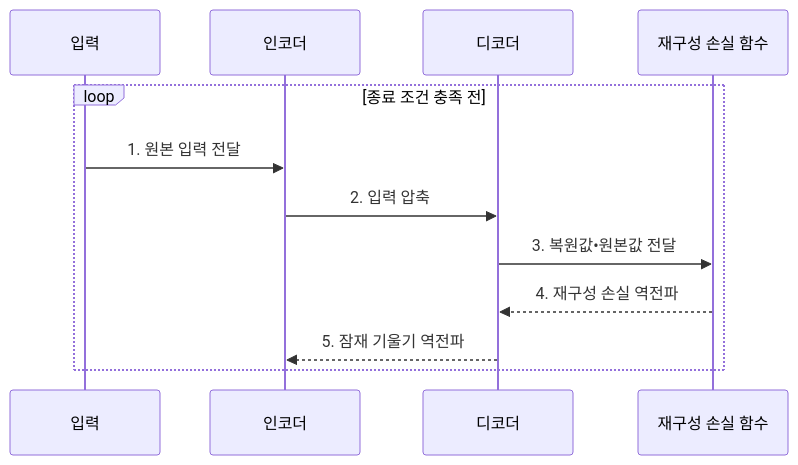
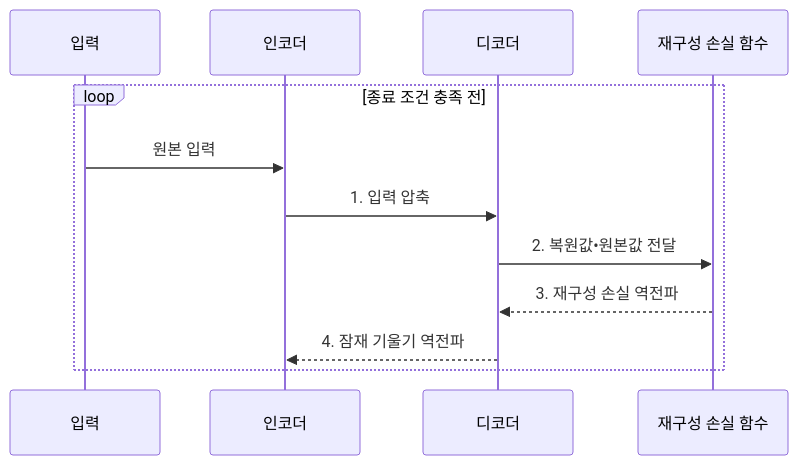
One commit to agnusdei1207/knowledge-base changed the second of 2 diagrams in src/content/docs/notes/01-basic-theory/045_autoencoder.md. Above: the diagram before and after it, drawn with Mermaid. The commit also changed other lines of this file and 20 other files, not shown here.

````diff
--- a/src/content/docs/notes/01-basic-theory/045_autoencoder.md
+++ b/src/content/docs/notes/01-basic-theory/045_autoencoder.md
@@ -87,14 +87,14 @@
 ```mermaid
 sequenceDiagram
     participant I as 입력
     participant E as 인코더
     participant D as 디코더
     participant L as 재구성 손실 함수
     loop 종료 조건 충족 전
-        I->>E: 1. 원본 입력 전달
-        E->>D: 2. 입력 압축
-        D->>L: 3. 복원값•원본값 전달
-        L-->>D: 4. 재구성 손실 역전파
-        D-->>E: 5. 잠재 기울기 역전파
+        I->>E: 원본 입력
+        E->>D: 1. 입력 압축
+        D->>L: 2. 복원값•원본값 전달
+        L-->>D: 3. 재구성 손실 역전파
+        D-->>E: 4. 잠재 기울기 역전파
     end
 ```
````
